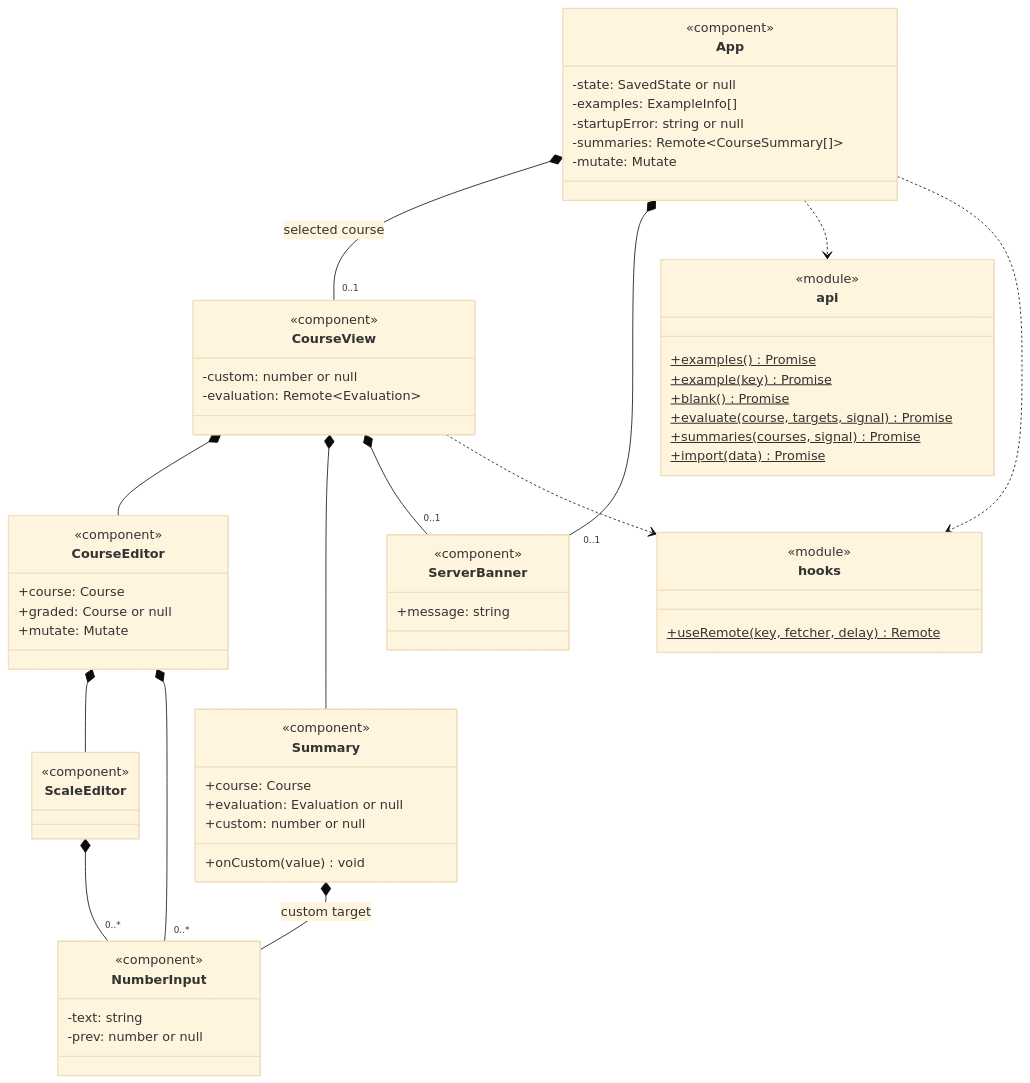
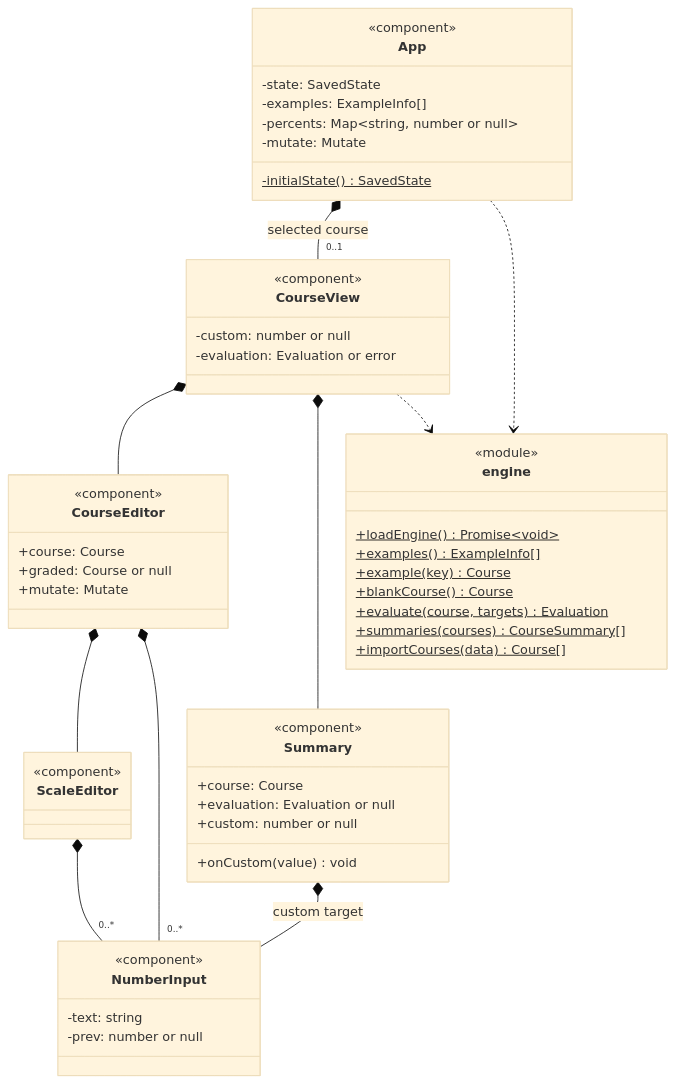
One commit to Patman1O1/grade-calculator changed the eighth of 8 diagrams in docs/uml.md. Above: the diagram before and after it, drawn with Mermaid (base theme). The commit also changed other lines of this file and 36 other files, not shown here.

First line of the commit message:
Compile the Rust engine to WebAssembly instead of running a server

````diff
--- a/docs/uml.md
+++ b/docs/uml.md
@@ -342,67 +337,57 @@
 ```mermaid
 classDiagram
   direction TB
   class App {
     <<component>>
-    -state: SavedState or null
+    -state: SavedState
     -examples: ExampleInfo[]
-    -startupError: string or null
-    -summaries: Remote~CourseSummary[]~
+    -percents: Map~string, number or null~
     -mutate: Mutate
+    -initialState()$ SavedState
   }
   class CourseView {
     <<component>>
     -custom: number or null
-    -evaluation: Remote~Evaluation~
+    -evaluation: Evaluation or error
   }
   class CourseEditor {
     <<component>>
     +course: Course
     +graded: Course or null
     +mutate: Mutate
   }
   class ScaleEditor {
     <<component>>
   }
   class Summary {
     <<component>>
     +course: Course
     +evaluation: Evaluation or null
     +custom: number or null
     +onCustom(value) void
   }
   class NumberInput {
     <<component>>
     -text: string
     -prev: number or null
   }
-  class ServerBanner {
-    <<component>>
-    +message: string
-  }
-  class api {
+  class engine {
     <<module>>
-    +examples()$ Promise
-    +example(key)$ Promise
-    +blank()$ Promise
-    +evaluate(course, targets, signal)$ Promise
-    +summaries(courses, signal)$ Promise
-    +import(data)$ Promise
-  }
-  class hooks {
-    <<module>>
-    +useRemote(key, fetcher, delay)$ Remote
+    +loadEngine()$ Promise~void~
+    +examples()$ ExampleInfo[]
+    +example(key)$ Course
+    +blankCourse()$ Course
+    +evaluate(course, targets)$ Evaluation
+    +summaries(courses)$ CourseSummary[]
+    +importCourses(data)$ Course[]
   }
   App *-- "0..1" CourseView : selected course
-  App *-- "0..1" ServerBanner
   CourseView *-- CourseEditor
   CourseView *-- Summary
-  CourseView *-- "0..1" ServerBanner
   CourseEditor *-- ScaleEditor
   CourseEditor *-- "0..*" NumberInput
   ScaleEditor *-- "0..*" NumberInput
   Summary *-- NumberInput : custom target
-  App ..> api
-  App ..> hooks
-  CourseView ..> hooks
+  App ..> engine
+  CourseView ..> engine
 ```
````
